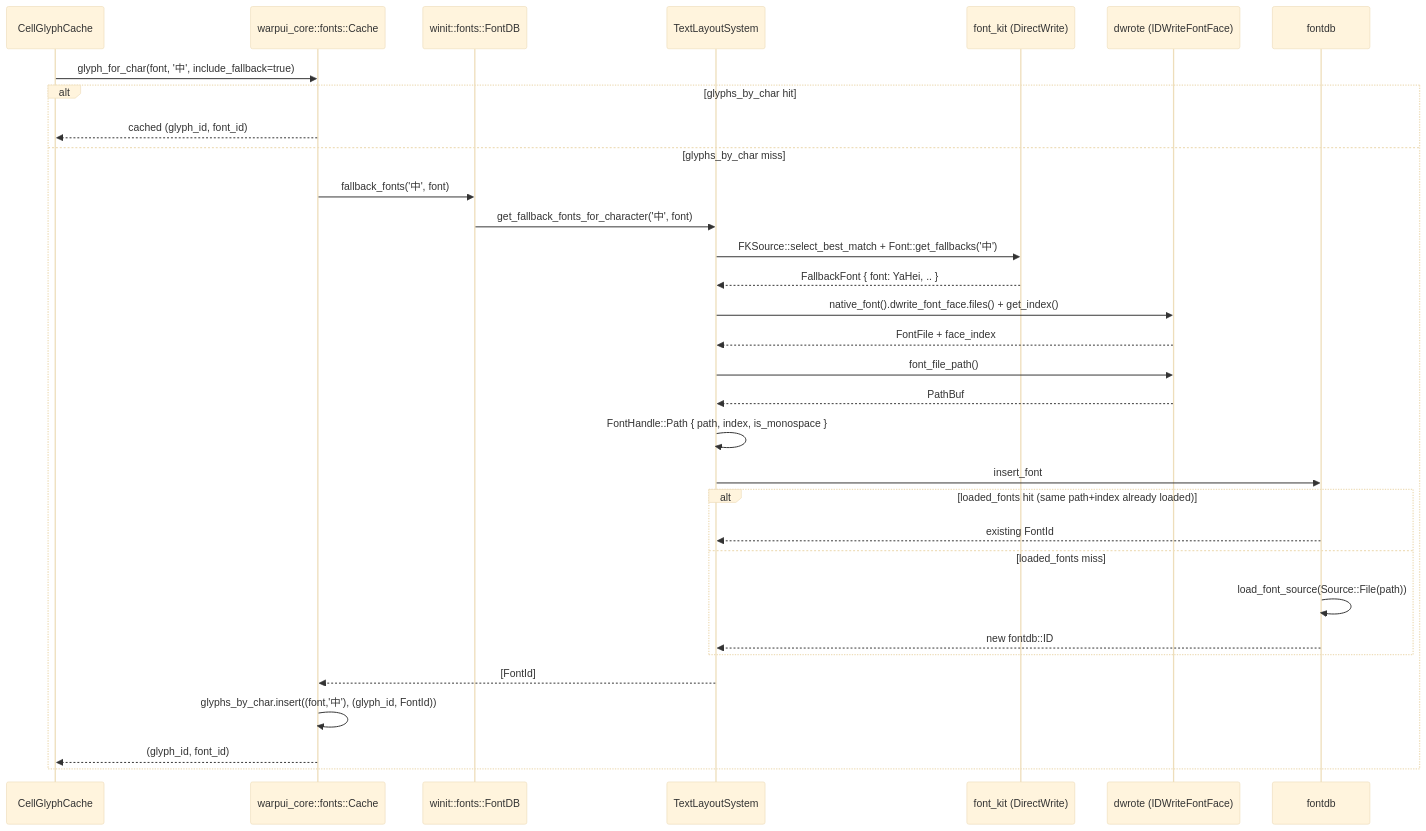
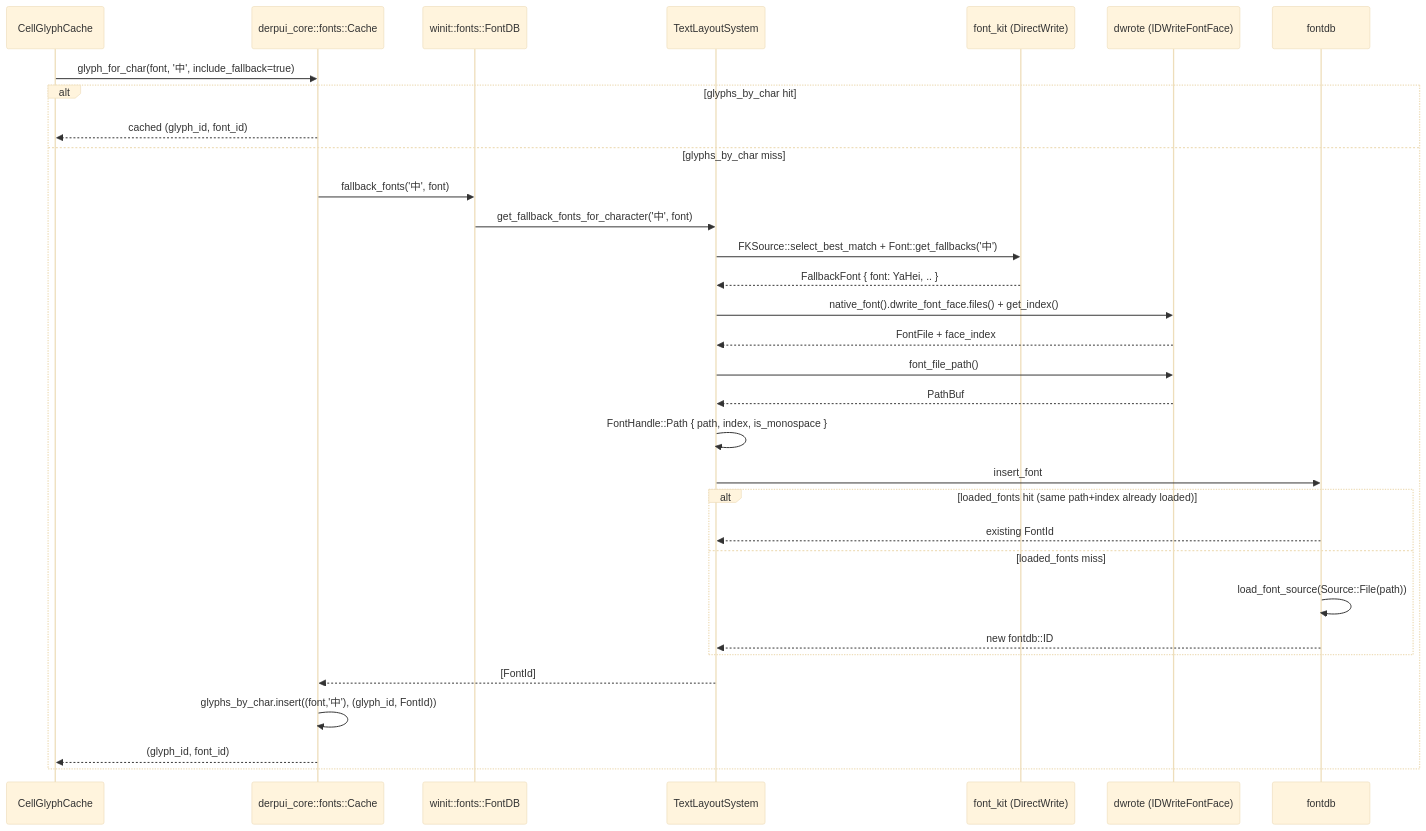
One commit to antikrust/krust-terminal changed the diagram in specs/APP-4098/TECH.md. Above: the diagram before and after it, drawn with Mermaid (base theme). The commit also changed other lines of this file and 9069 other files, not shown here.

````diff
--- a/specs/APP-4098/TECH.md
+++ b/specs/APP-4098/TECH.md
@@ -60,34 +60,34 @@
 ```mermaid
 sequenceDiagram
     participant Grid as CellGlyphCache
-    participant Cache as warpui_core::fonts::Cache
+    participant Cache as derpui_core::fonts::Cache
     participant FontDB as winit::fonts::FontDB
     participant TLS as TextLayoutSystem
     participant FK as font_kit (DirectWrite)
     participant DW as dwrote (IDWriteFontFace)
     participant FdB as fontdb
     Grid->>Cache: glyph_for_char(font, '中', include_fallback=true)
     alt glyphs_by_char hit
         Cache-->>Grid: cached (glyph_id, font_id)
     else glyphs_by_char miss
         Cache->>FontDB: fallback_fonts('中', font)
         FontDB->>TLS: get_fallback_fonts_for_character('中', font)
         TLS->>FK: FKSource::select_best_match + Font::get_fallbacks('中')
         FK-->>TLS: FallbackFont { font: YaHei, .. }
         TLS->>DW: native_font().dwrite_font_face.files() + get_index()
         DW-->>TLS: FontFile + face_index
         TLS->>DW: font_file_path()
         DW-->>TLS: PathBuf
         TLS->>TLS: FontHandle::Path { path, index, is_monospace }
         TLS->>FdB: insert_font
         alt loaded_fonts hit (same path+index already loaded)
             FdB-->>TLS: existing FontId
         else loaded_fonts miss
             FdB->>FdB: load_font_source(Source::File(path))
             FdB-->>TLS: new fontdb::ID
         end
         TLS-->>Cache: [FontId]
         Cache->>Cache: glyphs_by_char.insert((font,'中'), (glyph_id, FontId))
         Cache-->>Grid: (glyph_id, font_id)
     end
 ```
````
